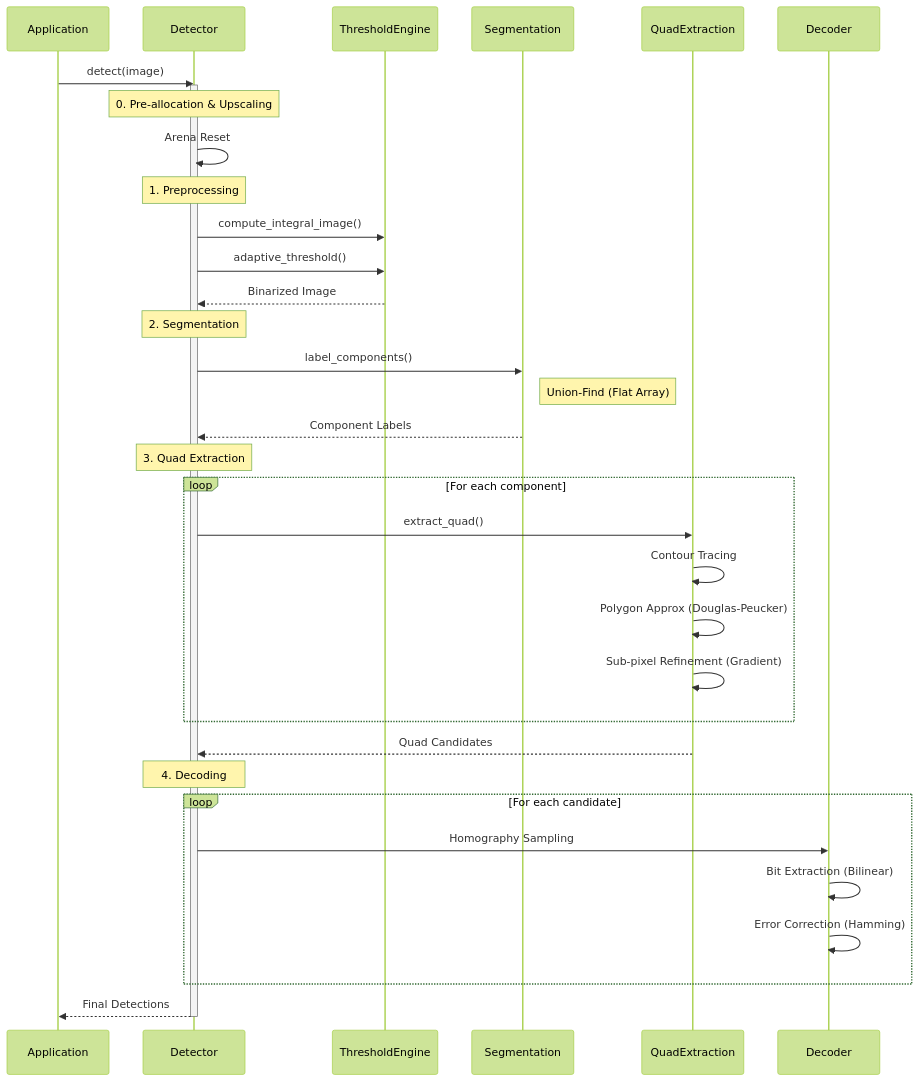
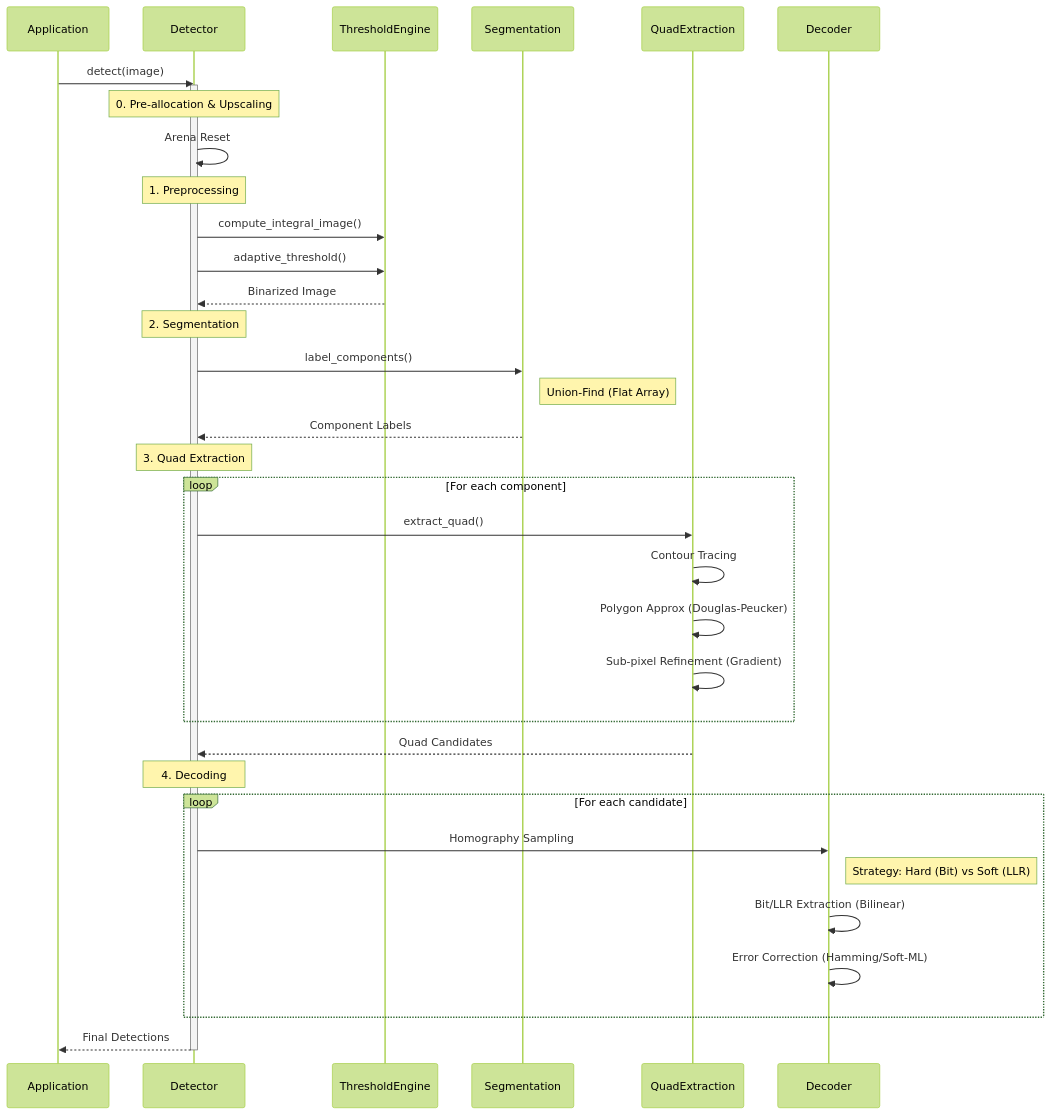
The second of 6 diagrams in docs/architecture.md (NoeFontana/locus-tag), drawn with Mermaid (forest theme) before and after one commit. The commit also changed other lines of this file and 16 other files, not shown here.

Commit message:
feat: Introduce configurable hard and soft decoding strategies for improved tag detection and refactor the core decoding logic.

````diff
--- a/docs/architecture.md
+++ b/docs/architecture.md
@@ -28,44 +28,45 @@
 ```mermaid
 sequenceDiagram
     participant App as Application
     participant Det as Detector
     participant Thresh as ThresholdEngine
     participant Seg as Segmentation
     participant Quad as QuadExtraction
     participant Decode as Decoder
 
     App->>Det: detect(image)
     activate Det
     
     Note over Det: 0. Pre-allocation & Upscaling
     Det->>Det: Arena Reset
     
     Note over Det: 1. Preprocessing
     Det->>Thresh: compute_integral_image()
     Det->>Thresh: adaptive_threshold()
     Thresh-->>Det: Binarized Image
     
     Note over Det: 2. Segmentation
     Det->>Seg: label_components()
     Note right of Seg: Union-Find (Flat Array)
     Seg-->>Det: Component Labels
     
     Note over Det: 3. Quad Extraction
     loop For each component
         Det->>Quad: extract_quad()
         Quad->>Quad: Contour Tracing
         Quad->>Quad: Polygon Approx (Douglas-Peucker)
         Quad->>Quad: Sub-pixel Refinement (Gradient)
     end
     Quad-->>Det: Quad Candidates
     
     Note over Det: 4. Decoding
     loop For each candidate
         Det->>Decode: Homography Sampling
-        Decode->>Decode: Bit Extraction (Bilinear)
-        Decode->>Decode: Error Correction (Hamming)
+        Note right of Decode: Strategy: Hard (Bit) vs Soft (LLR)
+        Decode->>Decode: Bit/LLR Extraction (Bilinear)
+        Decode->>Decode: Error Correction (Hamming/Soft-ML)
     end
     
     Det-->>App: Final Detections
     deactivate Det
 ```
````
